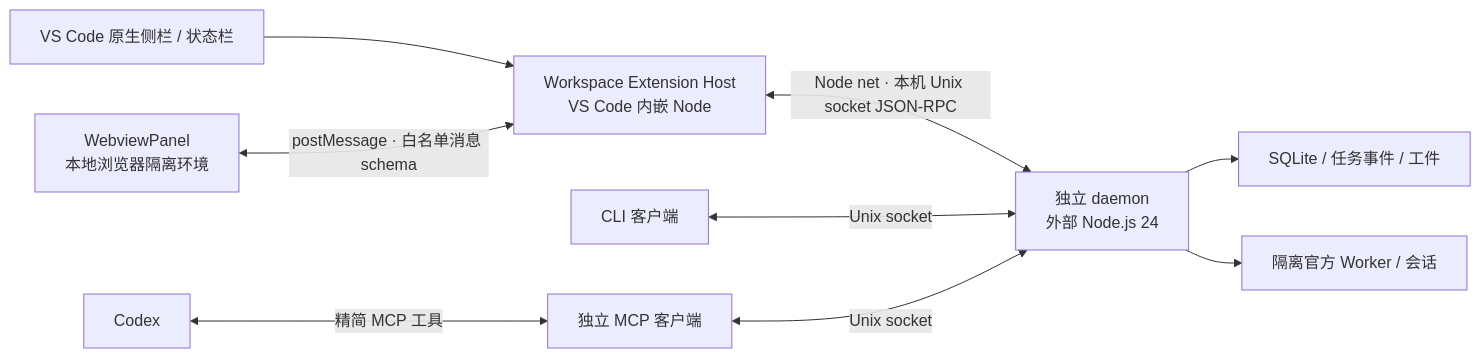
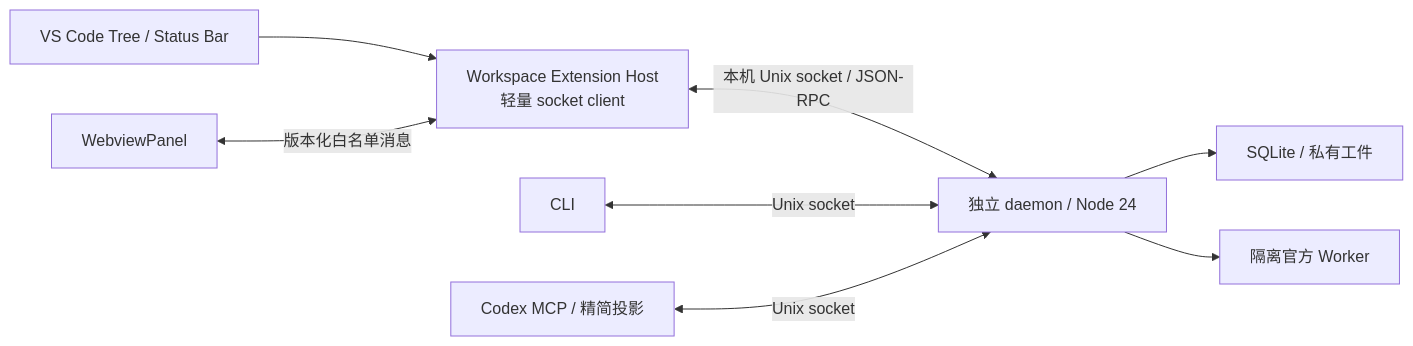
The diagram in docs/ui/integration-contract.md (hi-zgl/codex_zcode), drawn with Mermaid before and after one commit. The commit also changed other lines of this file and 7 other files, not shown here.

Commit message:
docs: complete VS Code extension design and F5 acceptance plan

````diff
--- a/docs/ui/integration-contract.md
+++ b/docs/ui/integration-contract.md
@@ -7,11 +9,10 @@
 ```mermaid
 flowchart LR
-    Native["VS Code 原生侧栏 / 状态栏"] --> Host["Workspace Extension Host<br/>VS Code 内嵌 Node"]
-    Web["WebviewPanel<br/>本地浏览器隔离环境"] <-->|"postMessage · 白名单消息 schema"| Host
-    Host <-->|"Node net · 本机 Unix socket JSON-RPC"| Daemon["独立 daemon<br/>外部 Node.js 24"]
-    Codex[Codex] <-->|精简 MCP 工具| MCP[独立 MCP 客户端]
-    CLI[CLI 客户端] <-->|Unix socket| Daemon
-    MCP <-->|Unix socket| Daemon
-    Daemon --> Store[SQLite / 任务事件 / 工件]
-    Daemon --> Worker[隔离官方 Worker / 会话]
+    Native["VS Code Tree / Status Bar"] --> Host["Workspace Extension Host\n轻量 socket client"]
+    Web["WebviewPanel"] <-->|"版本化白名单消息"| Host
+    Host <-->|"本机 Unix socket / JSON-RPC"| Daemon["独立 daemon / Node 24"]
+    CLI[CLI] <-->|"Unix socket"| Daemon
+    MCP["Codex MCP / 精简投影"] <-->|"Unix socket"| Daemon
+    Daemon --> Store["SQLite / 私有工件"]
+    Daemon --> Worker["隔离官方 Worker"]
 ```
````
